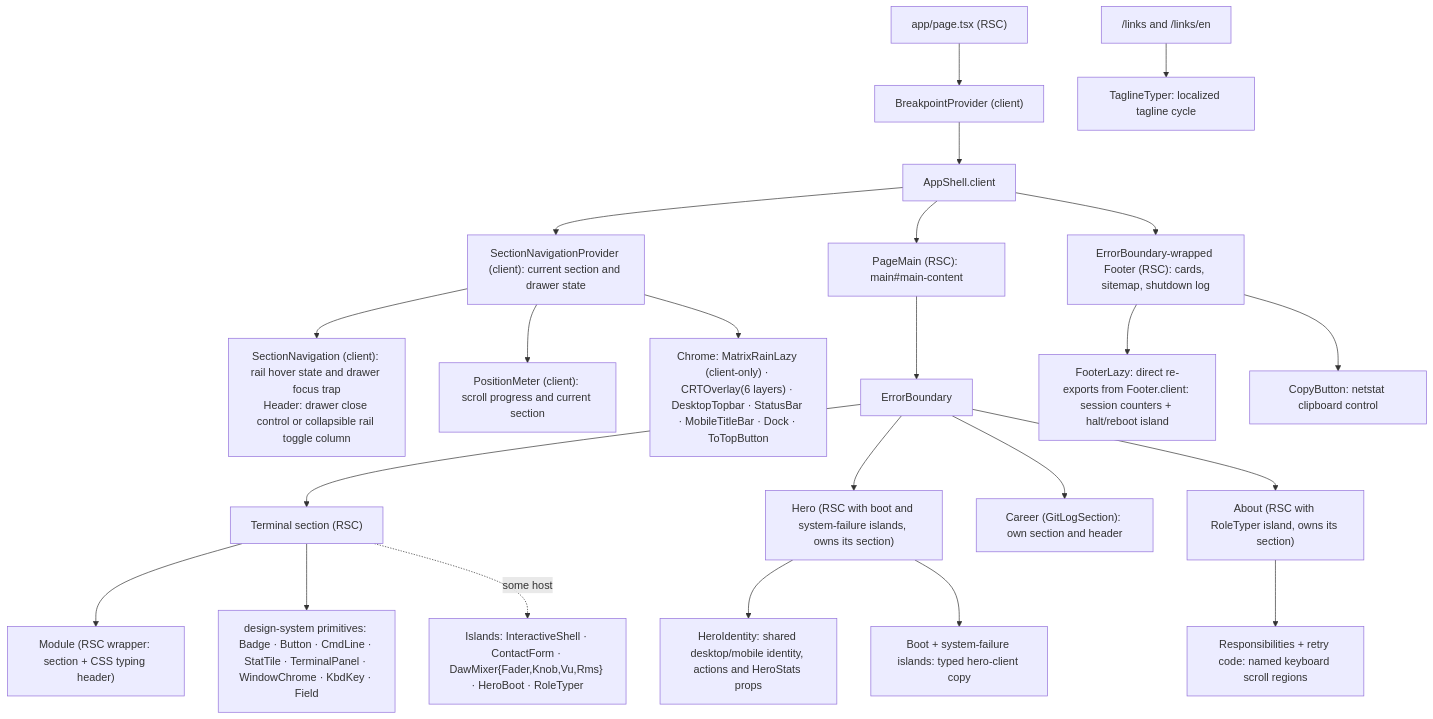
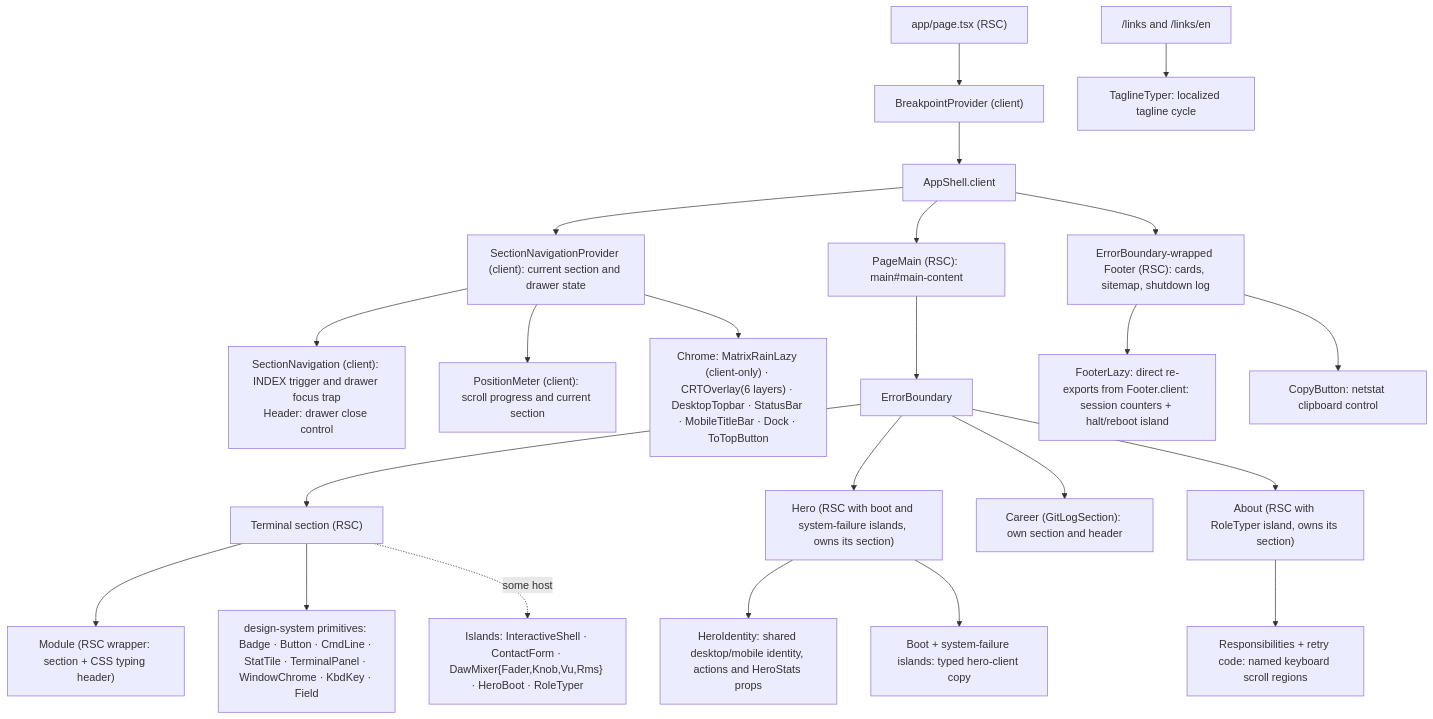
One commit to erikunha/portfolio changed the first of 2 diagrams in docs/04-components-and-state.md. Above: the diagram before and after it, drawn with Mermaid. The commit also changed 28 other files, not shown here.

First line of the commit message:
feat(nav): r106 topbar, index drawer and one nav vocabulary

````diff
--- a/docs/04-components-and-state.md
+++ b/docs/04-components-and-state.md
@@ -26,25 +26,25 @@
 ```mermaid
 flowchart TD
     page["app/page.tsx (RSC)"] --> bp["BreakpointProvider (client)"]
     bp --> shell["AppShell.client"]
     shell --> navigation["SectionNavigationProvider (client): current section and drawer state"]
-    navigation --> rail["SectionNavigation (client): rail hover state and drawer focus trap<br/>Header: drawer close control or collapsible rail toggle column"]
+    navigation --> rail["SectionNavigation (client): INDEX trigger and drawer focus trap<br/>Header: drawer close control"]
     navigation --> position["PositionMeter (client): scroll progress and current section"]
     navigation --> chrome["Chrome: MatrixRainLazy (client-only) · CRTOverlay(6 layers) · DesktopTopbar · StatusBar · MobileTitleBar · Dock · ToTopButton"]
     shell --> main["PageMain (RSC): main#main-content"]
     main --> eb["ErrorBoundary"]
     eb --> sec["Terminal section (RSC)"]
     sec --> mod["Module (RSC wrapper: section + CSS typing header)"]
     sec --> dsp["design-system primitives: Badge · Button · CmdLine · StatTile · TerminalPanel · WindowChrome · KbdKey · Field"]
     sec -. some host .-> isl["Islands: InteractiveShell · ContactForm · DawMixer{Fader,Knob,Vu,Rms} · HeroBoot · RoleTyper"]
     eb --> hero["Hero (RSC with boot and system-failure islands, owns its section)"]
     hero --> identity["HeroIdentity: shared desktop/mobile identity, actions and HeroStats props"]
     hero --> clientcopy["Boot + system-failure islands: typed hero-client copy"]
     eb --> career["Career (GitLogSection): own section and header"]
     eb --> about["About (RSC with RoleTyper island, owns its section)"]
     about --> scroll["Responsibilities + retry code: named keyboard scroll regions"]
     shell --> fl["ErrorBoundary-wrapped Footer (RSC): cards, sitemap, shutdown log"]
     fl --> fi["FooterLazy: direct re-exports from Footer.client: session counters + halt/reboot island"]
     fl --> fc["CopyButton: netstat clipboard control"]
     links["/links and /links/en"] --> tagline["TaglineTyper: localized tagline cycle"]
 ```
````
